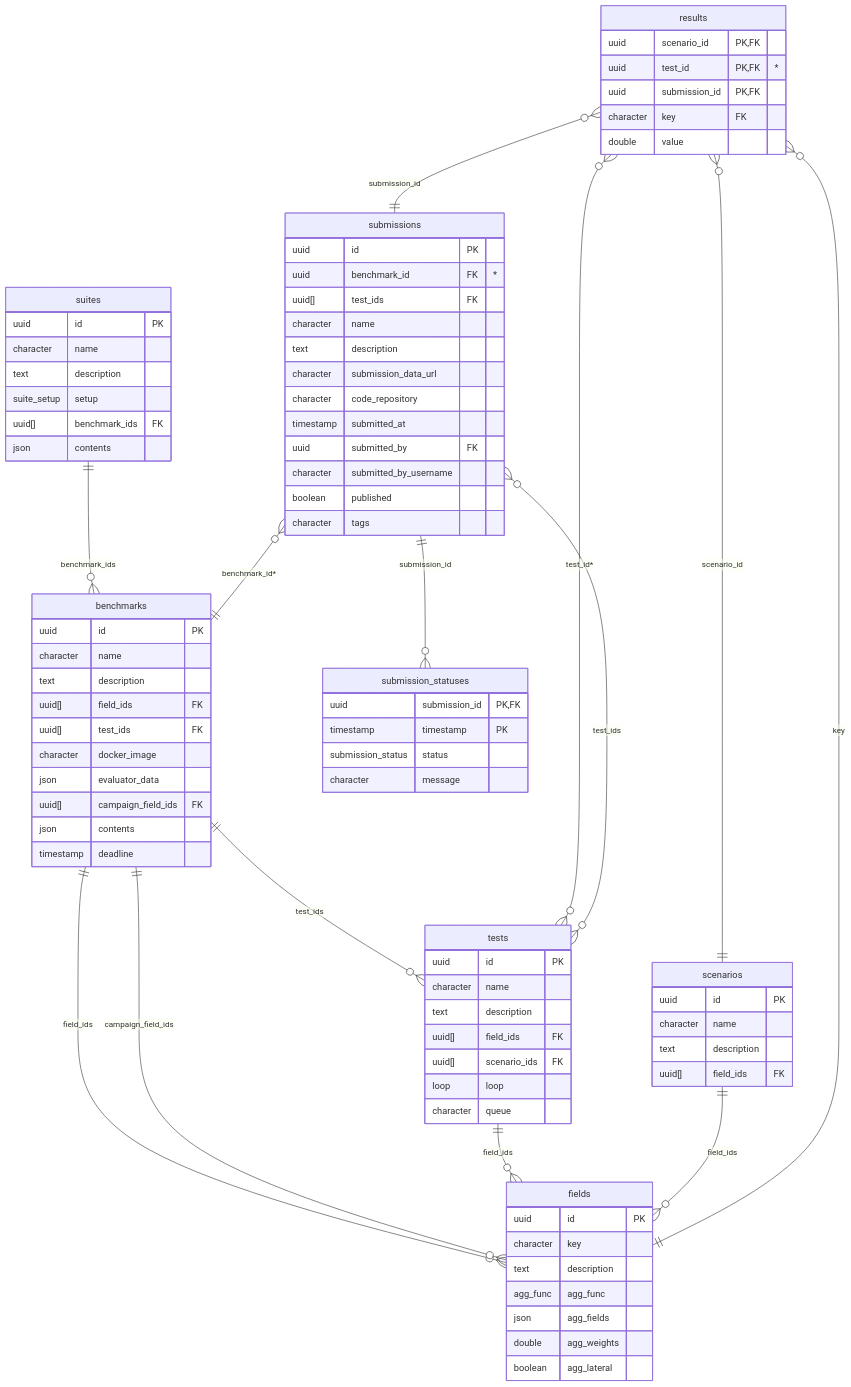
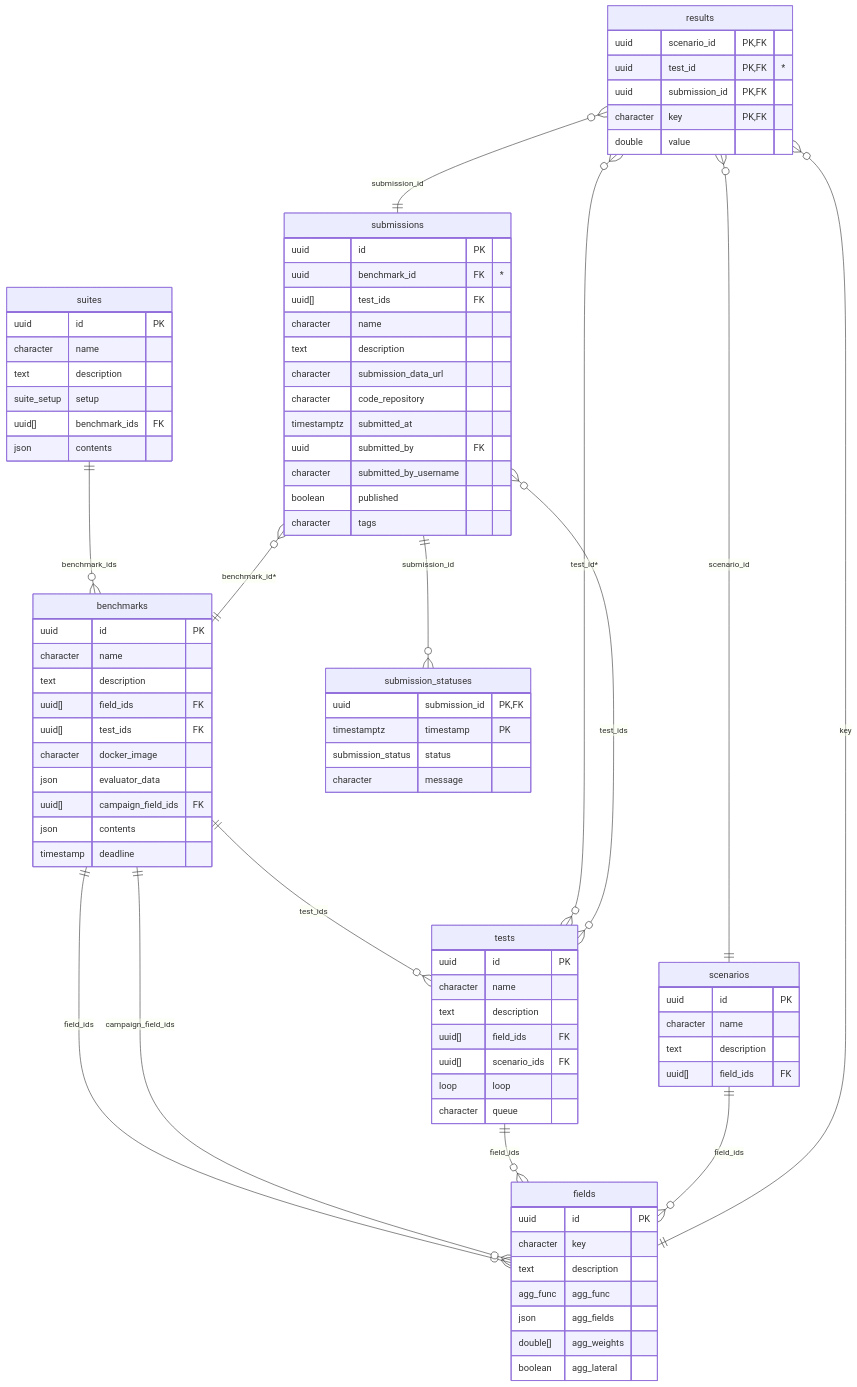
Before and after one commit to flatland-association/flatland-benchmarks: the second of 6 diagrams in docs/ARCHITECTURE.md, drawn with Mermaid.

Commit message:
docs(architecture): fix ER diagram drift from schema migrations
results.key is part of the composite primary key (V3), submitted_at /
submission_statuses.timestamp are timestamptz (V20), and agg_weights is an
array (double precision[]) - the existing Mermaid ERD had gone slightly
stale on these points.

```diff
--- a/docs/ARCHITECTURE.md
+++ b/docs/ARCHITECTURE.md
@@ -450,7 +450,7 @@
     text description
     agg_func agg_func
     json agg_fields
-    double agg_weights
+    double[] agg_weights
     boolean agg_lateral
   }
 
@@ -458,7 +458,7 @@
     uuid scenario_id PK, FK
     uuid test_id PK, FK "*"
     uuid submission_id PK, FK
-    character key FK
+    character key PK, FK
     double value
   }
 
@@ -470,7 +470,7 @@
     text description
     character submission_data_url
     character code_repository
-    timestamp submitted_at
+    timestamptz submitted_at
     uuid submitted_by FK
     character submitted_by_username
     boolean published
@@ -479,7 +479,7 @@
 
   submission_statuses {
     uuid submission_id PK, FK
-    timestamp timestamp PK
+    timestamptz timestamp PK
     submission_status status
     character message
   }
```
